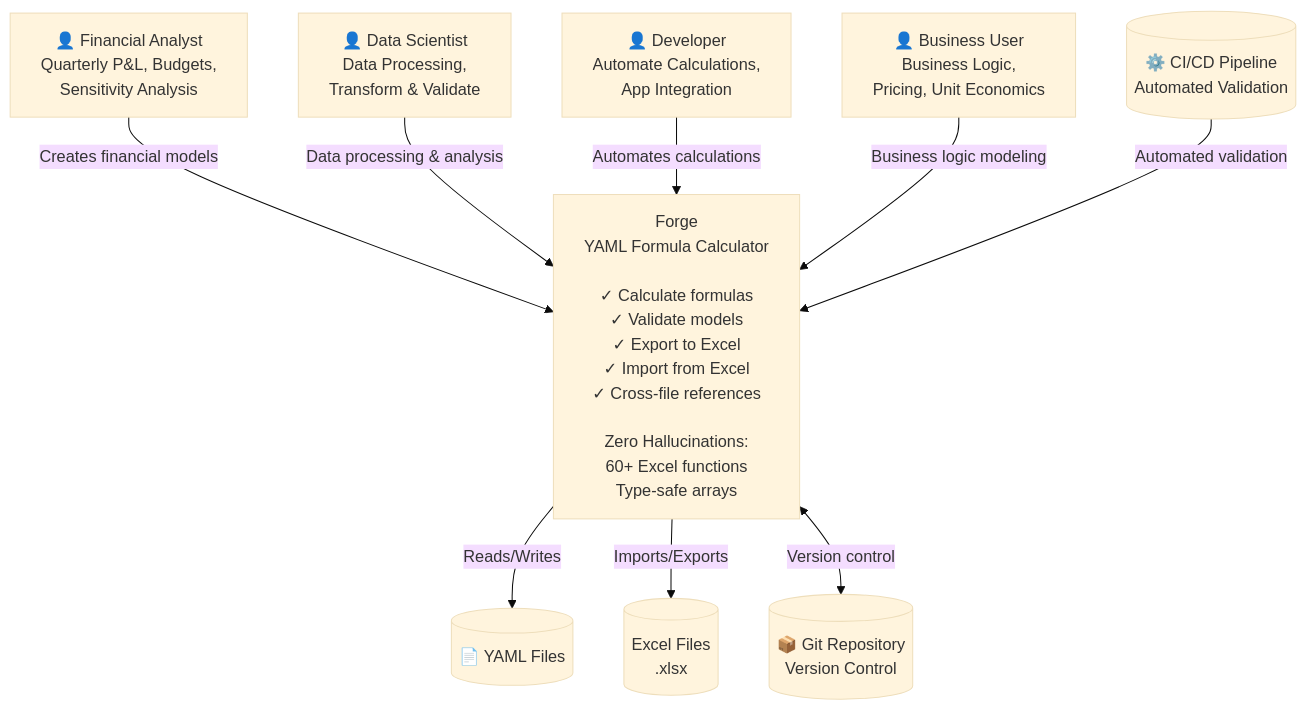
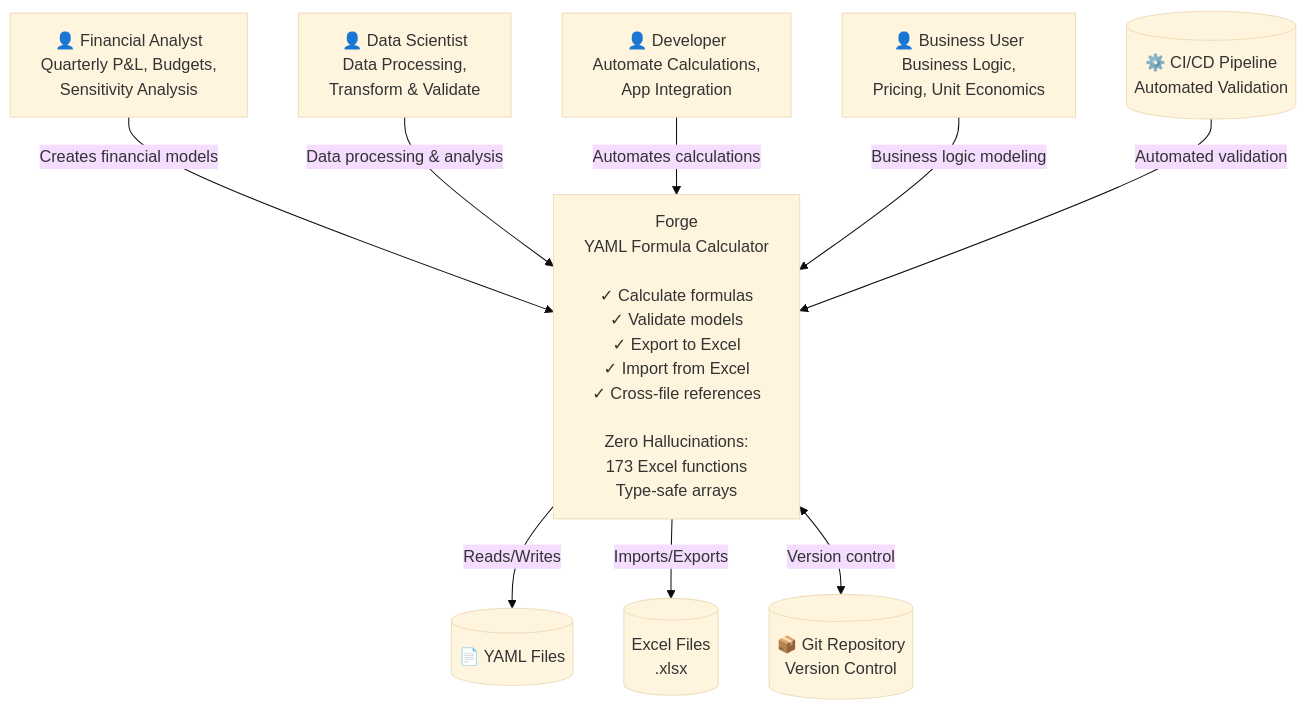
One commit to mollendorff-ai/forge changed the first of 2 diagrams in docs/architecture/00-OVERVIEW.md. Above: the diagram before and after it, drawn with Mermaid (base theme). The commit also changed other lines of this file and 63 other files, not shown here.

````diff
--- a/docs/architecture/00-OVERVIEW.md
+++ b/docs/architecture/00-OVERVIEW.md
@@ -59,28 +59,28 @@
 ```mermaid
 graph TB
     %% External Actors
     analyst["👤 Financial Analyst<br/>Quarterly P&L, Budgets,<br/>Sensitivity Analysis"]
     datascientist["👤 Data Scientist<br/>Data Processing,<br/>Transform & Validate"]
     developer["👤 Developer<br/>Automate Calculations,<br/>App Integration"]
     business["👤 Business User<br/>Business Logic,<br/>Pricing, Unit Economics"]
 
     %% Forge System
-    forge["Forge<br/>YAML Formula Calculator<br/><br/>✓ Calculate formulas<br/>✓ Validate models<br/>✓ Export to Excel<br/>✓ Import from Excel<br/>✓ Cross-file references<br/><br/>Zero Hallucinations:<br/>60+ Excel functions<br/>Type-safe arrays"]
+    forge["Forge<br/>YAML Formula Calculator<br/><br/>✓ Calculate formulas<br/>✓ Validate models<br/>✓ Export to Excel<br/>✓ Import from Excel<br/>✓ Cross-file references<br/><br/>Zero Hallucinations:<br/>173 Excel functions<br/>Type-safe arrays"]
 
     %% External Systems
     git[("📦 Git Repository<br/>Version Control")]
     excel[("Excel Files<br/>.xlsx")]
     yaml[("📄 YAML Files")]
     cicd[("⚙️ CI/CD Pipeline<br/>Automated Validation")]
 
     %% Relationships
     analyst -->|Creates financial models| forge
     datascientist -->|Data processing & analysis| forge
     developer -->|Automates calculations| forge
     business -->|Business logic modeling| forge
 
     forge -->|Reads/Writes| yaml
     forge -->|Imports/Exports| excel
     forge <-->|Version control| git
     cicd -->|Automated validation| forge
 ```
````
